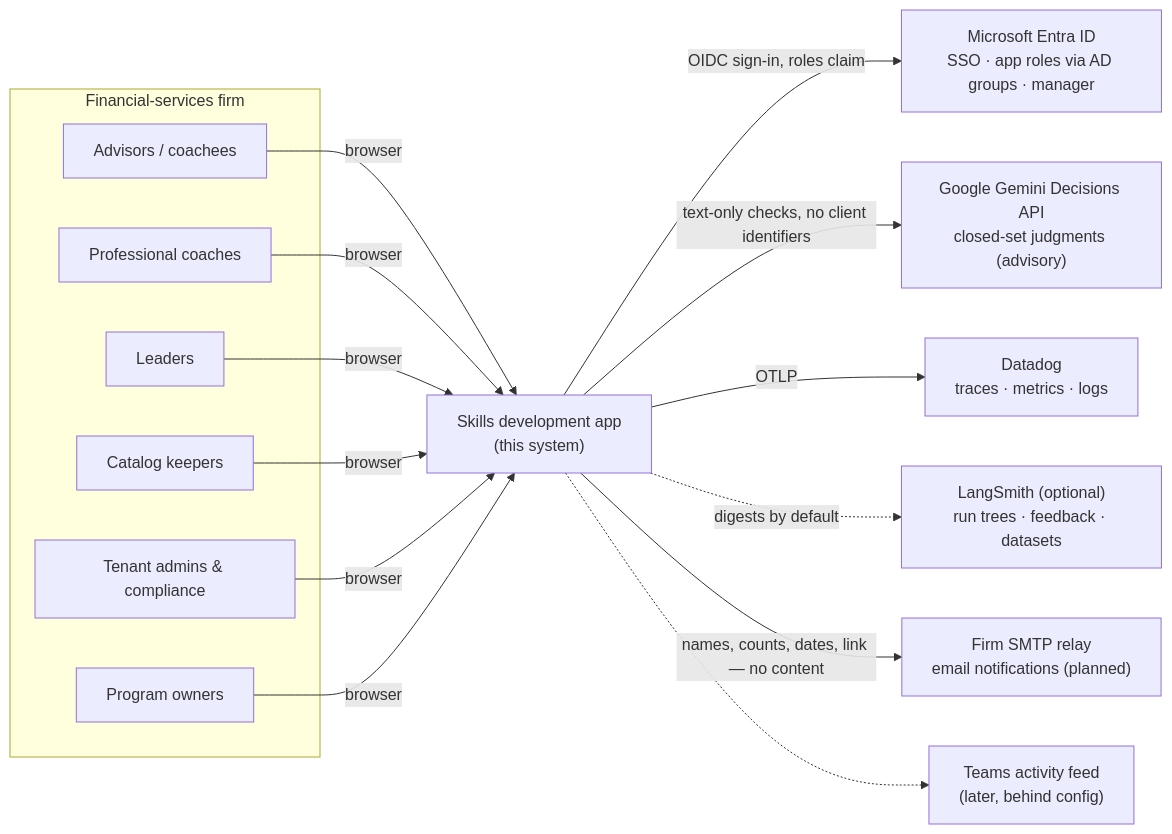
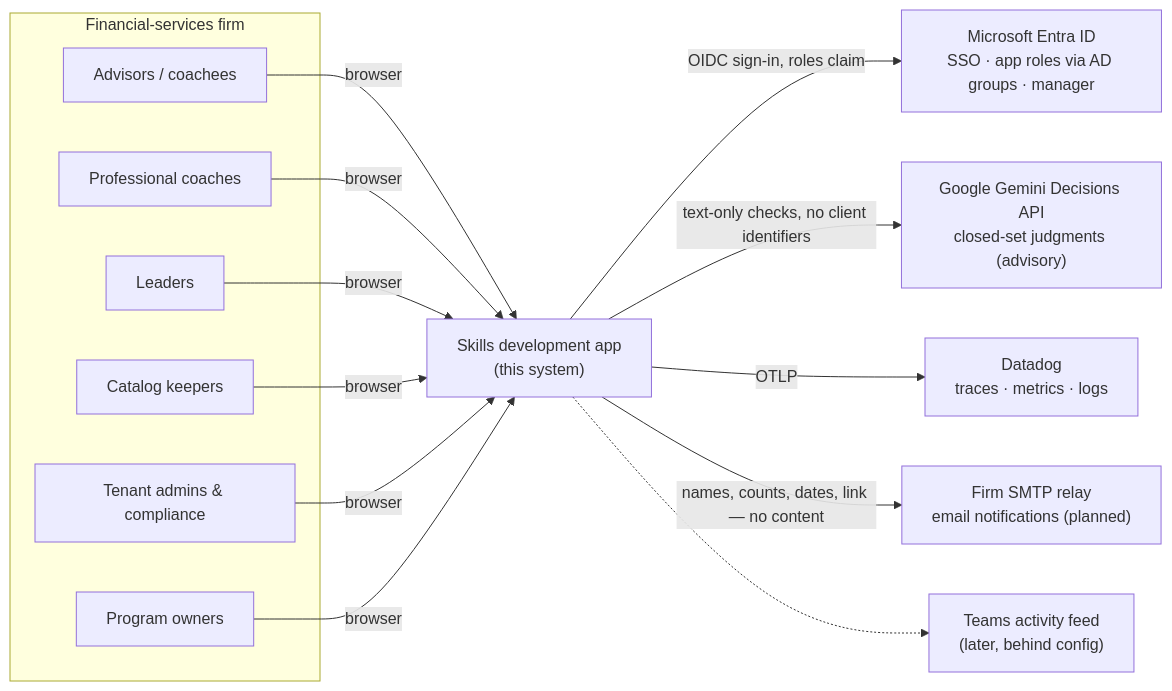
Before and after one commit to brandonbryant12/project-x: the first of 9 diagrams in docs/architecture/overview.md, drawn with Mermaid. The commit also changed other lines of this file and 54 other files, not shown here.

````diff
--- a/docs/architecture/overview.md
+++ b/docs/architecture/overview.md
@@ -9,26 +9,24 @@
 ```mermaid
 flowchart LR
   subgraph Firm["Financial-services firm"]
     adv["Advisors / coachees"]
     coach["Professional coaches"]
     lead["Leaders"]
     keep["Catalog keepers"]
     gov["Tenant admins & compliance"]
     po["Program owners"]
   end
   app["Skills development app<br/>(this system)"]
   entra["Microsoft Entra ID<br/>SSO · app roles via AD groups · manager"]
   gemini["Google Gemini Decisions API<br/>closed-set judgments (advisory)"]
   dd["Datadog<br/>traces · metrics · logs"]
-  ls["LangSmith (optional)<br/>run trees · feedback · datasets"]
   mail["Firm SMTP relay<br/>email notifications (planned)"]
   teams["Teams activity feed<br/>(later, behind config)"]
 
   adv & coach & lead & keep & gov & po -->|browser| app
   app -->|OIDC sign-in, roles claim| entra
   app -->|text-only checks, no client identifiers| gemini
   app -->|OTLP| dd
-  app -.->|digests by default| ls
   app -->|names, counts, dates, link — no content| mail
   app -.-> teams
 ```
````
